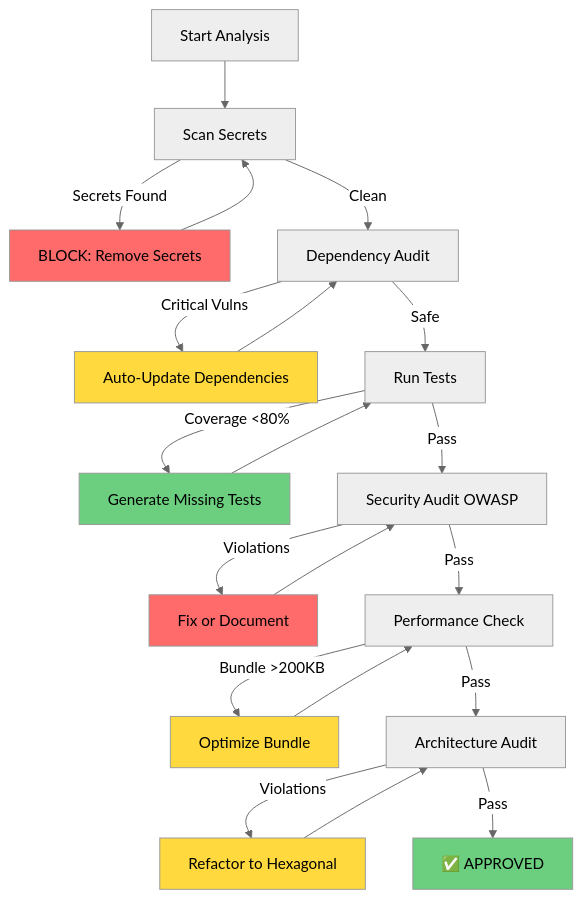
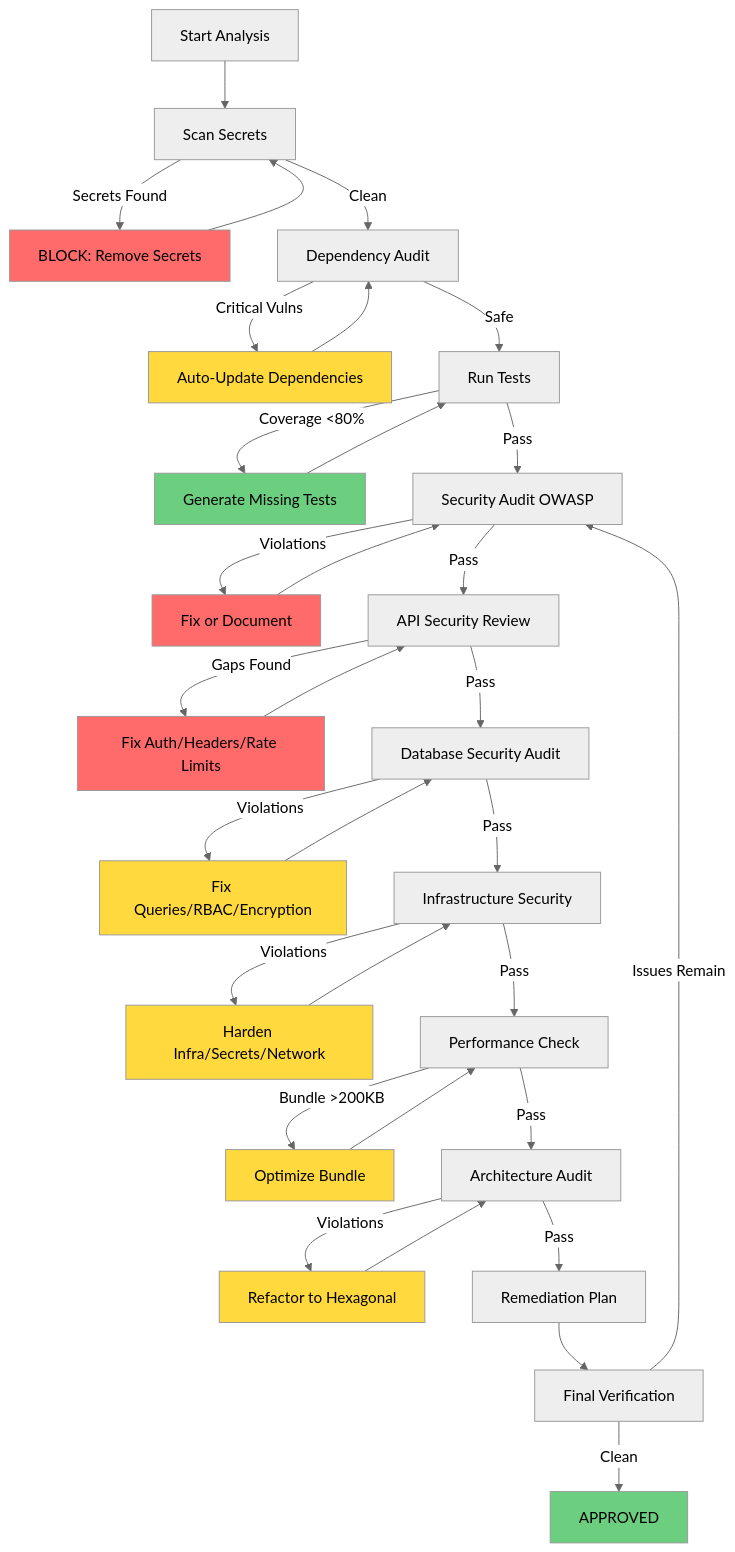
The diagram in content/workflows/analyze.md (DerianAndre/aidd.md), drawn with Mermaid (neutral theme) before and after one commit. The commit also changed other lines of this file and 40 other files, not shown here.

````diff
--- a/content/workflows/analyze.md
+++ b/content/workflows/analyze.md
@@ -17,36 +44,55 @@
 ```mermaid
 graph TD
     START[Start Analysis] --> A[Scan Secrets]
 
     A -->|Secrets Found| A1[BLOCK: Remove Secrets]
     A1 --> A
     A -->|Clean| B[Dependency Audit]
 
     B -->|Critical Vulns| B1[Auto-Update Dependencies]
     B1 --> B
     B -->|Safe| C[Run Tests]
 
     C -->|Coverage <80%| C1[Generate Missing Tests]
     C1 --> C
     C -->|Pass| D[Security Audit OWASP]
 
     D -->|Violations| D1[Fix or Document]
     D1 --> D
-    D -->|Pass| E[Performance Check]
+    D -->|Pass| D2[API Security Review]
+
+    D2 -->|Gaps Found| D3[Fix Auth/Headers/Rate Limits]
+    D3 --> D2
+    D2 -->|Pass| D4[Database Security Audit]
+
+    D4 -->|Violations| D5[Fix Queries/RBAC/Encryption]
+    D5 --> D4
+    D4 -->|Pass| D6[Infrastructure Security]
+
+    D6 -->|Violations| D7[Harden Infra/Secrets/Network]
+    D7 --> D6
+    D6 -->|Pass| E[Performance Check]
 
     E -->|Bundle >200KB| E1[Optimize Bundle]
     E1 --> E
     E -->|Pass| F[Architecture Audit]
 
     F -->|Violations| F1[Refactor to Hexagonal]
     F1 --> F
-    F -->|Pass| SUCCESS[✅ APPROVED]
+    F -->|Pass| G[Remediation Plan]
+
+    G --> H[Final Verification]
+    H -->|Issues Remain| D
+    H -->|Clean| SUCCESS[APPROVED]
 
     style A1 fill:#ff6b6b
     style B1 fill:#ffd93d
     style C1 fill:#6bcf7f
     style D1 fill:#ff6b6b
+    style D3 fill:#ff6b6b
+    style D5 fill:#ffd93d
+    style D7 fill:#ffd93d
     style E1 fill:#ffd93d
     style F1 fill:#ffd93d
     style SUCCESS fill:#6bcf7f
 ```
````
